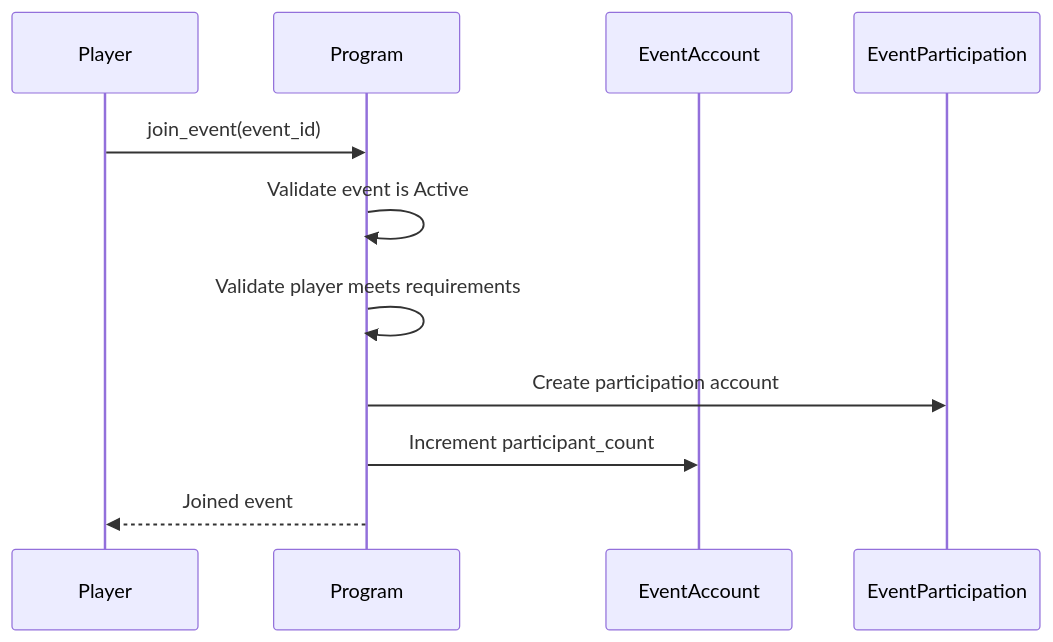
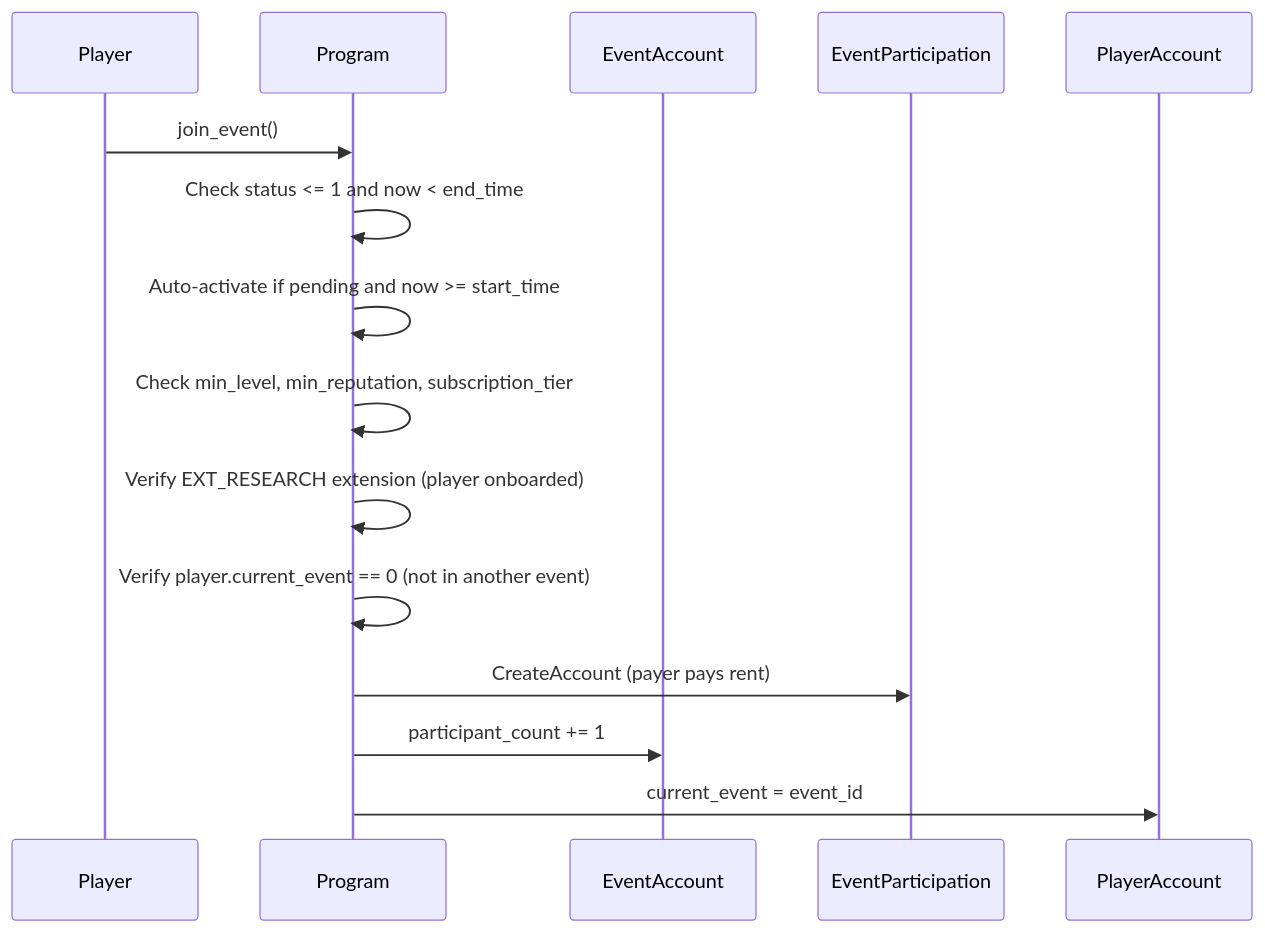
Before and after one commit to crypt0miester/novus-mundus: the seventh of 8 diagrams in docs/onchain/04-systems/events.md, drawn with Mermaid. The commit also changed other lines of this file and 259 other files, not shown here.

````diff
--- a/docs/onchain/04-systems/events.md
+++ b/docs/onchain/04-systems/events.md
@@ -199,14 +329,17 @@
 ```mermaid
 sequenceDiagram
     participant Player
     participant Program
     participant EventAccount
     participant EventParticipation
 
-    Player->>Program: join_event(event_id)
-    Program->>Program: Validate event is Active
-    Program->>Program: Validate player meets requirements
-    Program->>EventParticipation: Create participation account
-    Program->>EventAccount: Increment participant_count
-    Program-->>Player: Joined event
+    Player->>Program: join_event()
+    Program->>Program: Check status <= 1 and now < end_time
+    Program->>Program: Auto-activate if pending and now >= start_time
+    Program->>Program: Check min_level, min_reputation, subscription_tier
+    Program->>Program: Verify EXT_RESEARCH extension (player onboarded)
+    Program->>Program: Verify player.current_event == 0 (not in another event)
+    Program->>EventParticipation: CreateAccount (payer pays rent)
+    Program->>EventAccount: participant_count += 1
+    Program->>PlayerAccount: current_event = event_id
 ```
````
